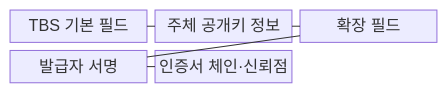
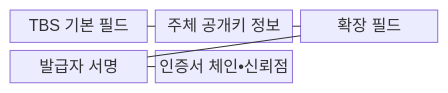
The first of 2 diagrams in src/content/docs/notes/05-security/008_x509_certificate.md (agnusdei1207/knowledge-base), drawn with Mermaid before and after one commit. The commit also changed other lines of this file and 953 other files, not shown here.

````diff
--- a/src/content/docs/notes/05-security/008_x509_certificate.md
+++ b/src/content/docs/notes/05-security/008_x509_certificate.md
@@ -66,13 +66,13 @@
 ```mermaid
 block-beta
     columns 3
     B["TBS 기본 필드"]
     P["주체 공개키 정보"]
     E["확장 필드"]
     S["발급자 서명"]
-    C["인증서 체인·신뢰점"]
+    C["인증서 체인•신뢰점"]
     B --- P
     P --- E
     E --- S
     S --- C
 ```
````
